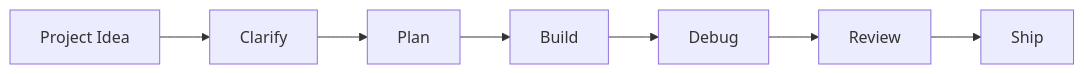
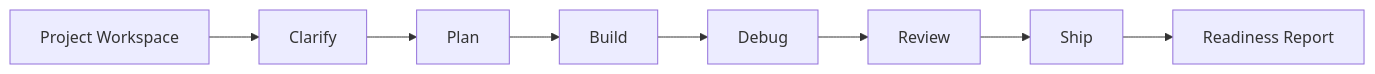
The diagram in README.md (tingxinas/ai-agent-dev-workflow), drawn with Mermaid before and after one commit. The commit also changed other lines of this file and 17 other files, not shown here.

````diff
--- a/README.md
+++ b/README.md
@@ -44,9 +50,10 @@
 ```mermaid
 flowchart LR
-    A[Project Idea] --> B[Clarify]
+    A[Project Workspace] --> B[Clarify]
     B --> C[Plan]
     C --> D[Build]
     D --> E[Debug]
     E --> F[Review]
     F --> G[Ship]
+    G --> H[Readiness Report]
 ```
````
